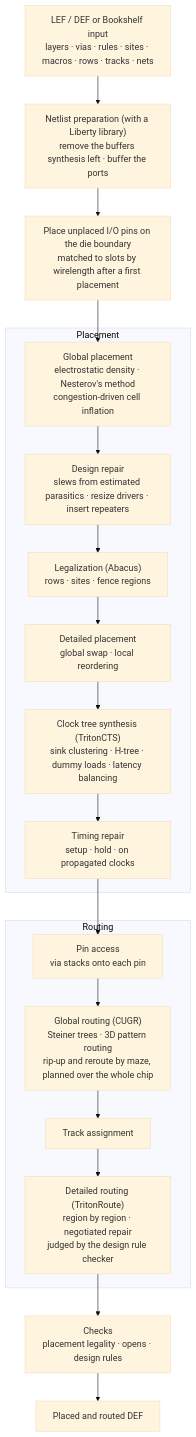
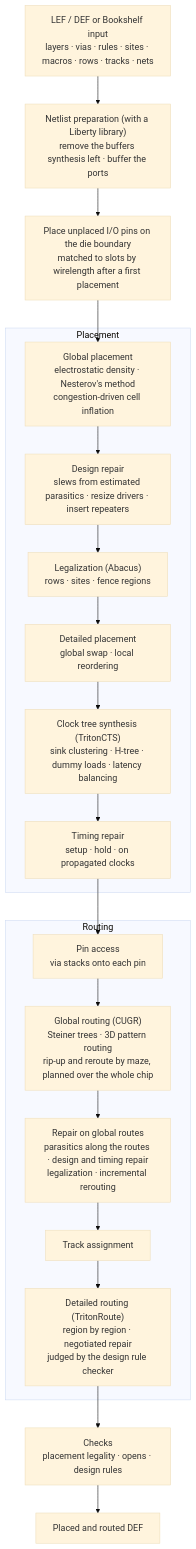
One commit to willmccallion/vlsi-physical-design changed the diagram in README.md. Above: the diagram before and after it, drawn with Mermaid (base theme). The commit also changed other lines of this file, not shown here.

Commit message:
Remeasure the whole flows with repair on global routes

````diff
--- a/README.md
+++ b/README.md
@@ -120,27 +120,28 @@
 ```mermaid
 flowchart TD
     INPUT["LEF / DEF or Bookshelf input<br/>layers · vias · rules · sites · macros · rows · tracks · nets"]
     NL["Netlist preparation (with a Liberty library)<br/>remove the buffers synthesis left · buffer the ports"]
     IO["Place unplaced I/O pins on the die boundary<br/>matched to slots by wirelength after a first placement"]
 
     subgraph PL["Placement"]
         GP["Global placement<br/>electrostatic density · Nesterov's method<br/>congestion-driven cell inflation"]
         RD["Design repair<br/>slews from estimated parasitics · resize drivers · insert repeaters"]
         LEG["Legalization (Abacus)<br/>rows · sites · fence regions"]
         DP["Detailed placement<br/>global swap · local reordering"]
         CTS["Clock tree synthesis (TritonCTS)<br/>sink clustering · H-tree · dummy loads · latency balancing"]
         TR["Timing repair<br/>setup · hold · on propagated clocks"]
     end
 
     subgraph RT["Routing"]
         PA["Pin access<br/>via stacks onto each pin"]
         GR["Global routing (CUGR)<br/>Steiner trees · 3D pattern routing<br/>rip-up and reroute by maze, planned over the whole chip"]
+        GRR["Repair on global routes<br/>parasitics along the routes · design and timing repair<br/>legalization · incremental rerouting"]
         TA["Track assignment"]
         DR["Detailed routing (TritonRoute)<br/>region by region · negotiated repair<br/>judged by the design rule checker"]
     end
 
     CHK["Checks<br/>placement legality · opens · design rules"]
     OUT["Placed and routed DEF"]
 
-    INPUT --> NL --> IO --> GP --> RD --> LEG --> DP --> CTS --> TR --> PA --> GR --> TA --> DR --> CHK --> OUT
+    INPUT --> NL --> IO --> GP --> RD --> LEG --> DP --> CTS --> TR --> PA --> GR --> GRR --> TA --> DR --> CHK --> OUT
 ```
````
